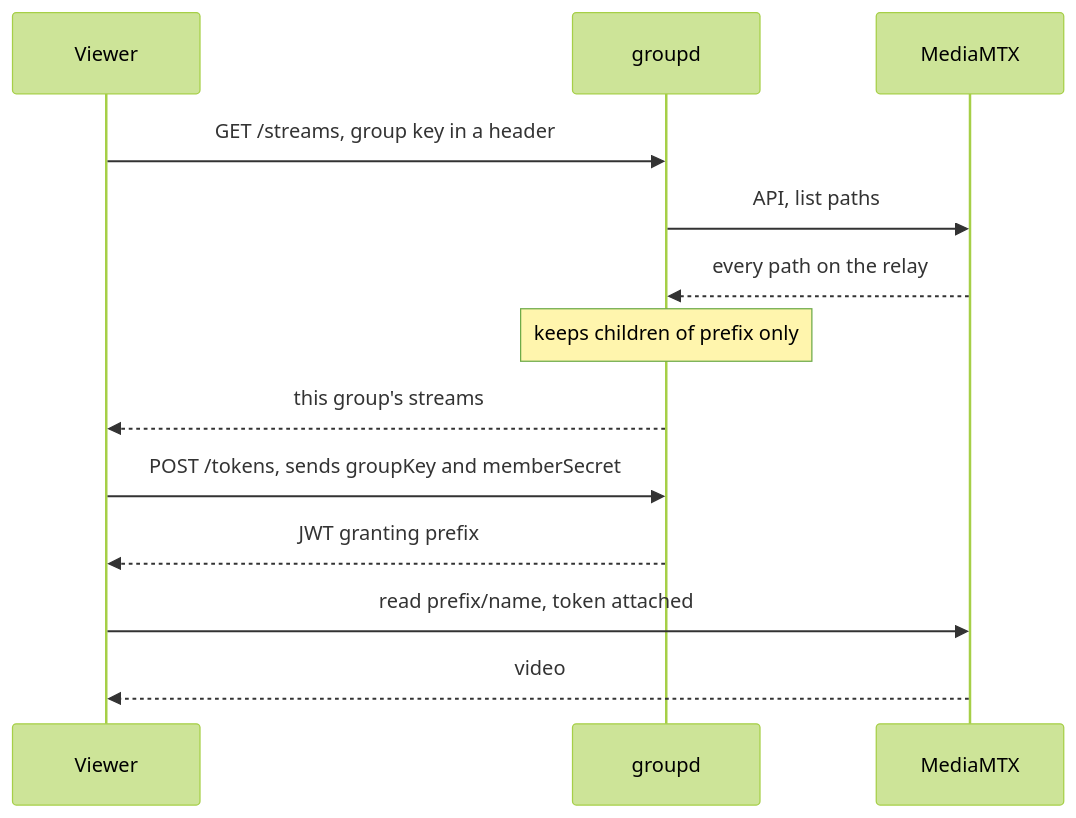
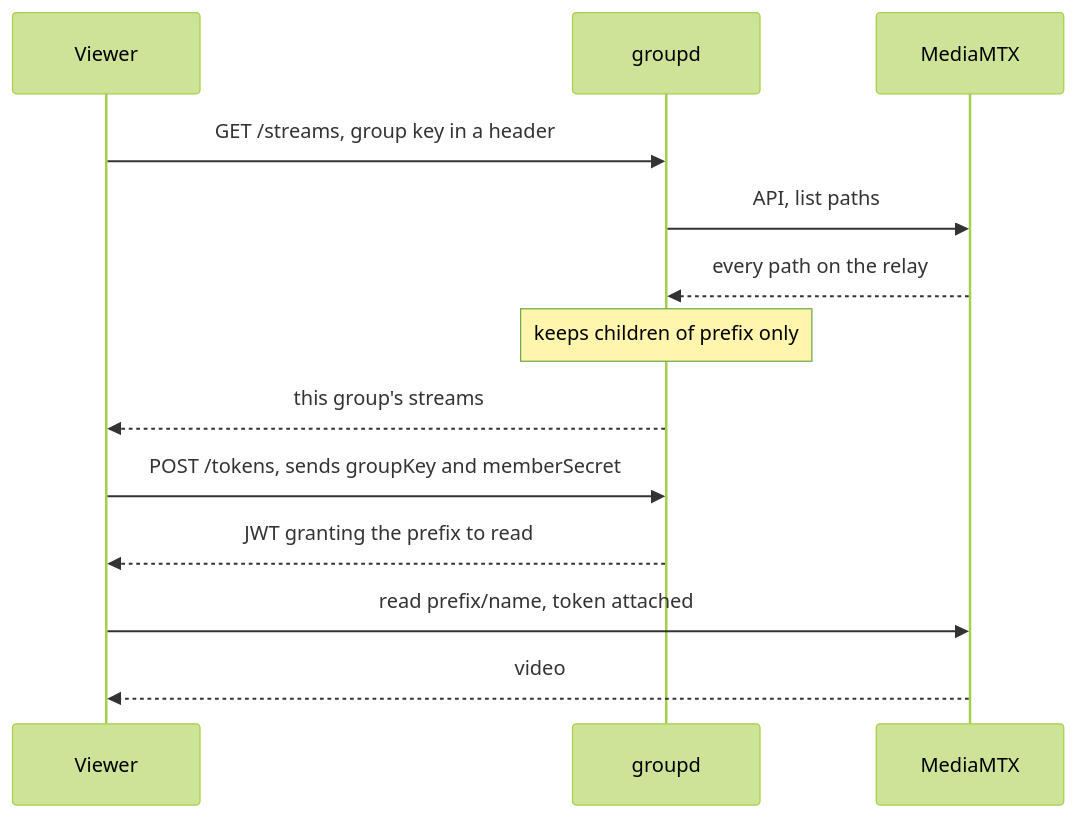
The second of 3 diagrams in docs/auth-flow.md (bjoern621/screen-sharing), drawn with Mermaid (forest theme) before and after one commit. The commit also changed other lines of this file and 9 other files, not shown here.

````diff
--- a/docs/auth-flow.md
+++ b/docs/auth-flow.md
@@ -39,17 +39,17 @@
 ```mermaid
 sequenceDiagram
     participant V as Viewer
     participant G as groupd
     participant M as MediaMTX
 
     V->>G: GET /streams, group key in a header
     G->>M: API, list paths
     M-->>G: every path on the relay
     Note over G: keeps children of prefix only
     G-->>V: this group's streams
 
     V->>G: POST /tokens, sends groupKey and memberSecret
-    G-->>V: JWT granting prefix
+    G-->>V: JWT granting the prefix to read
     V->>M: read prefix/name, token attached
     M-->>V: video
 ```
````
